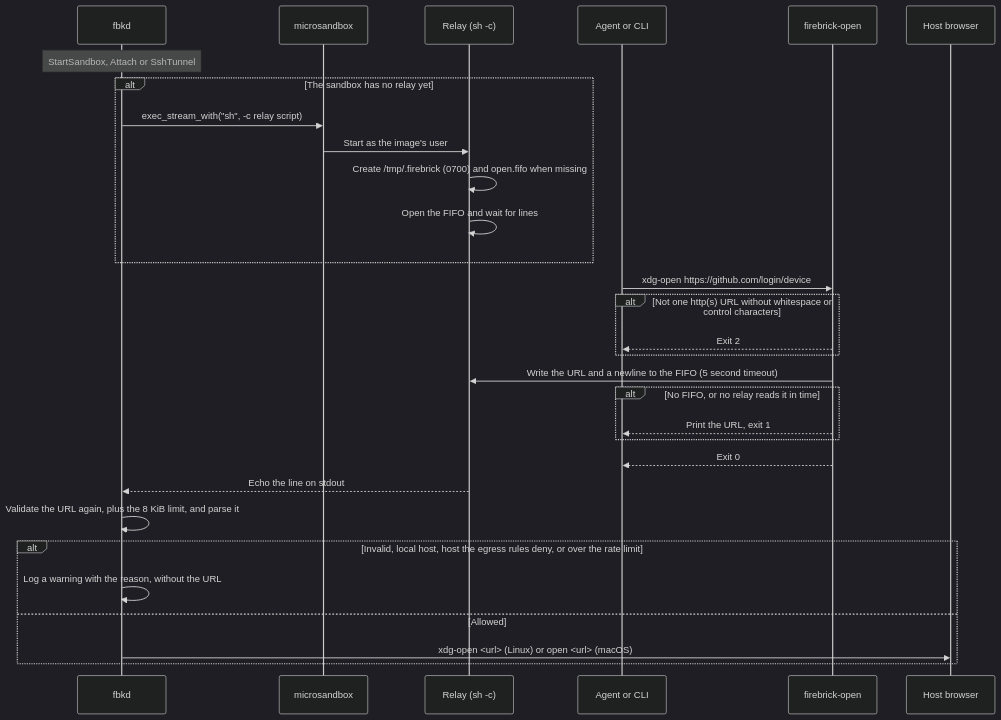
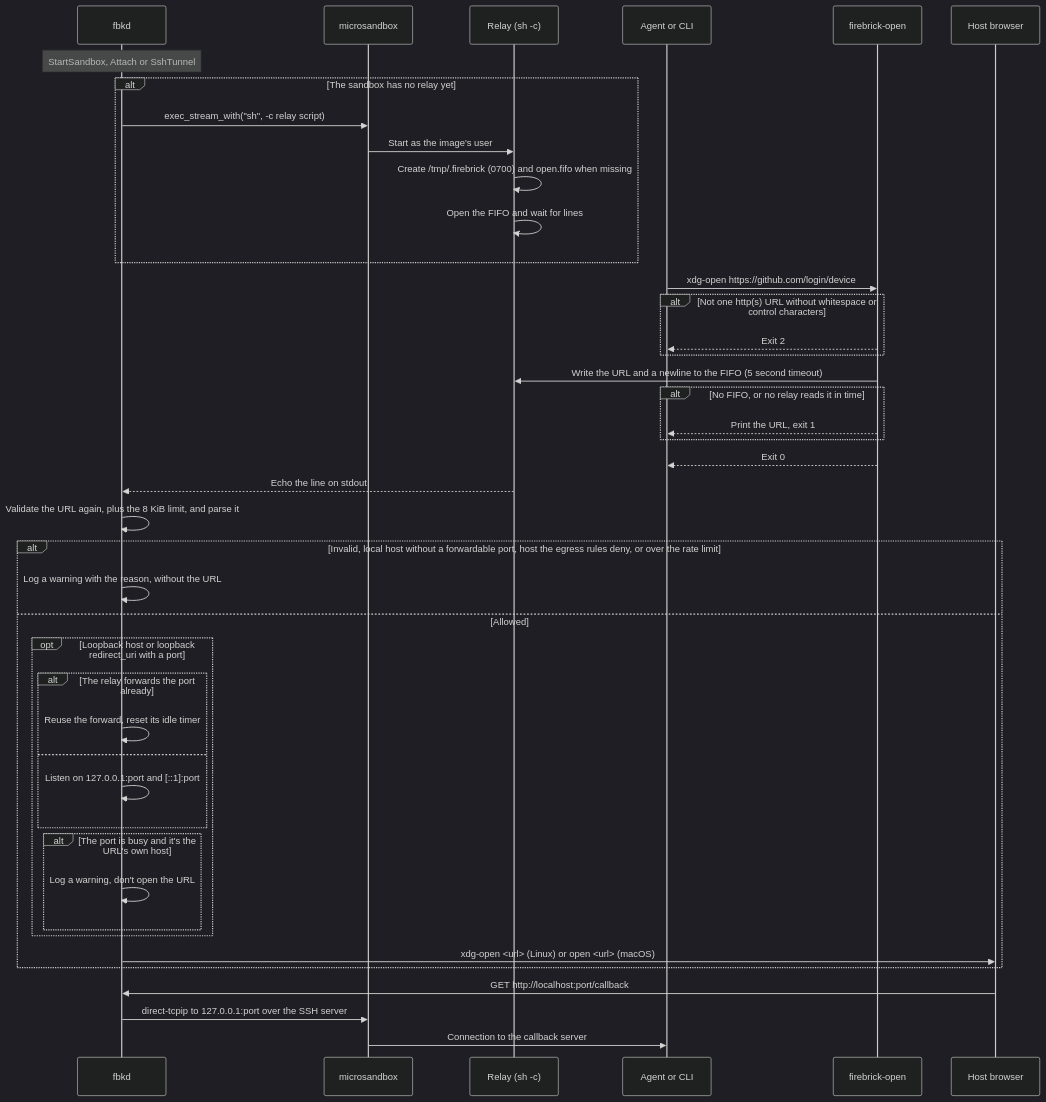
The ninth of 9 diagrams in docs/architecture/06-runtime-view.md (wmeints/anvil), drawn with Mermaid (dark theme) before and after one commit. The commit also changed other lines of this file and 9 other files, not shown here.

First line of the commit message:
feat(daemon): forward localhost OAuth callback ports into the sandbox

````diff
--- a/docs/architecture/06-runtime-view.md
+++ b/docs/architecture/06-runtime-view.md
@@ -842,34 +842,47 @@
 ```mermaid
 sequenceDiagram
     participant D as fbkd
     participant MS as microsandbox
     participant R as Relay (sh -c)
     participant A as Agent or CLI
     participant O as firebrick-open
     participant B as Host browser
 
     Note over D: StartSandbox, Attach or SshTunnel
     alt The sandbox has no relay yet
         D->>MS: exec_stream_with("sh", -c relay script)
         MS->>R: Start as the image's user
         R->>R: Create /tmp/.firebrick (0700) and open.fifo when missing
         R->>R: Open the FIFO and wait for lines
     end
 
     A->>O: xdg-open https://github.com/login/device
     alt Not one http(s) URL without whitespace or control characters
         O-->>A: Exit 2
     end
     O->>R: Write the URL and a newline to the FIFO (5 second timeout)
     alt No FIFO, or no relay reads it in time
         O-->>A: Print the URL, exit 1
     end
     O-->>A: Exit 0
     R-->>D: Echo the line on stdout
     D->>D: Validate the URL again, plus the 8 KiB limit, and parse it
-    alt Invalid, local host, host the egress rules deny, or over the rate limit
+    alt Invalid, local host without a forwardable port, host the egress rules deny, or over the rate limit
         D->>D: Log a warning with the reason, without the URL
     else Allowed
+        opt Loopback host or loopback redirect_uri with a port
+            alt The relay forwards the port already
+                D->>D: Reuse the forward, reset its idle timer
+            else
+                D->>D: Listen on 127.0.0.1:port and [::1]:port
+            end
+            alt The port is busy and it's the URL's own host
+                D->>D: Log a warning, don't open the URL
+            end
+        end
         D->>B: xdg-open <url> (Linux) or open <url> (macOS)
     end
+    B->>D: GET http://localhost:port/callback
+    D->>MS: direct-tcpip to 127.0.0.1:port over the SSH server
+    MS->>A: Connection to the callback server
 ```
````
